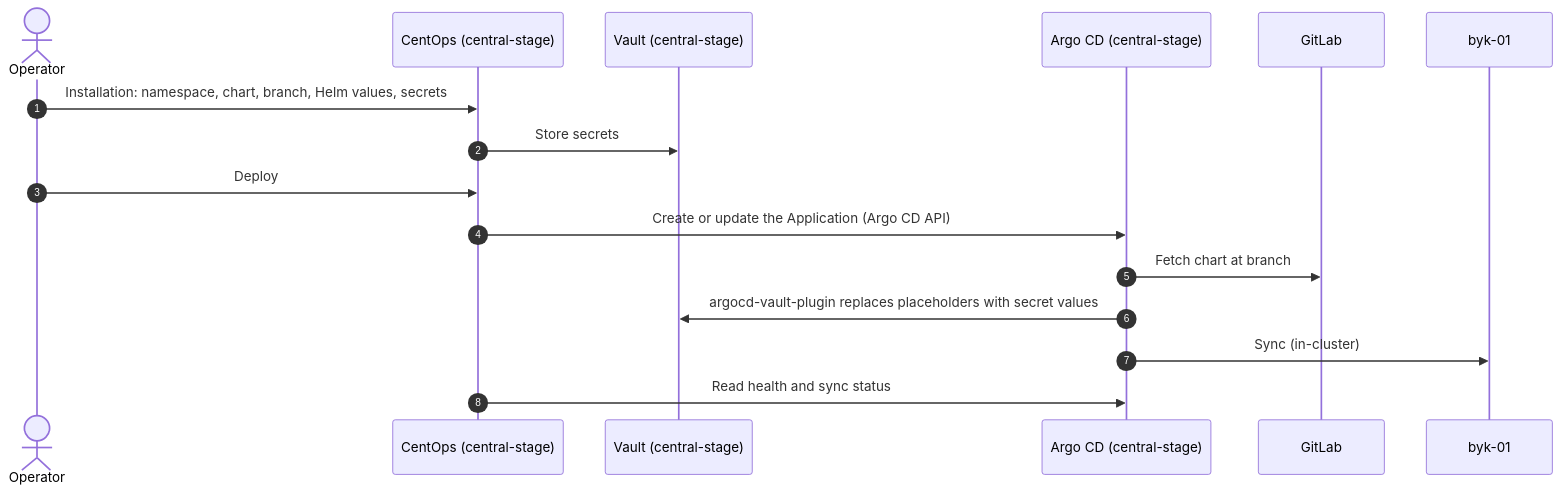
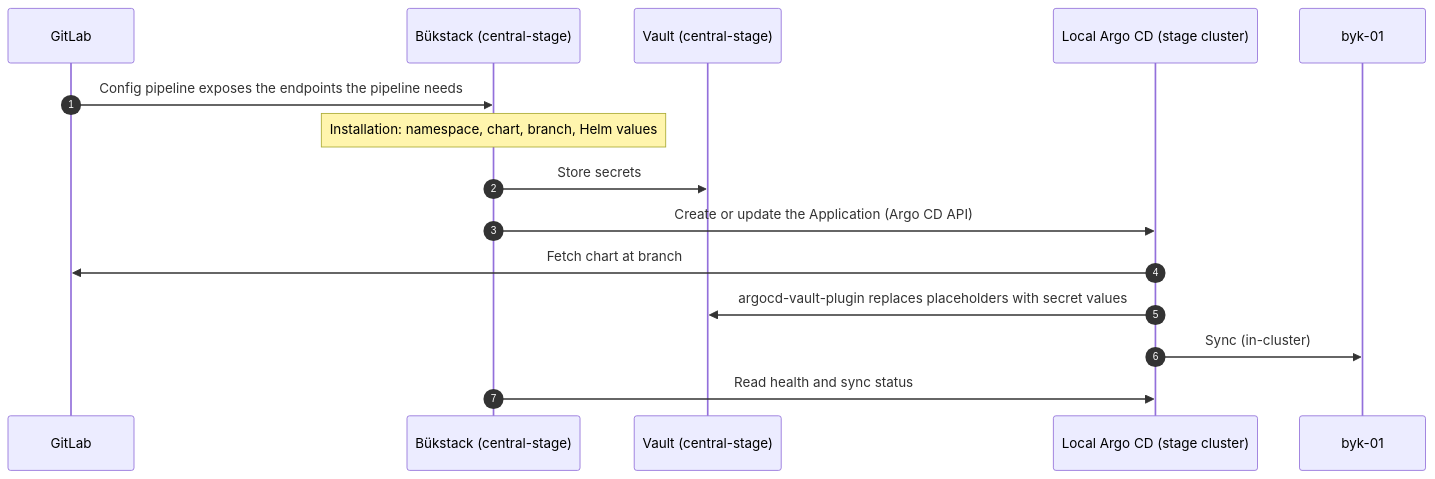
One commit to buerokratt/Buerokratt-onboarding changed the second of 2 diagrams in docs/architecture/delivery/delivery.md. Above: the diagram before and after it, drawn with Mermaid. The commit also changed other lines of this file, not shown here.

````diff
--- a/docs/architecture/delivery/delivery.md
+++ b/docs/architecture/delivery/delivery.md
@@ -68,19 +64,18 @@
 ```mermaid
 sequenceDiagram
   autonumber
-  actor Op as Operator
-  participant CentOps as CentOps (central-stage)
+  participant GitLab
+  participant Bykstack as Bükstack (central-stage)
   participant Vault as Vault (central-stage)
-  participant Argo as Argo CD (central-stage)
-  participant GitLab
+  participant Argo as Local Argo CD (stage cluster)
   participant NS as byk-01
 
-  Op->>CentOps: Installation: namespace, chart, branch, Helm values, secrets
-  CentOps->>Vault: Store secrets
-  Op->>CentOps: Deploy
-  CentOps->>Argo: Create or update the Application (Argo CD API)
+  GitLab->>Bykstack: Config pipeline exposes the endpoints the pipeline needs
+  Note over Bykstack: Installation: namespace, chart, branch, Helm values
+  Bykstack->>Vault: Store secrets
+  Bykstack->>Argo: Create or update the Application (Argo CD API)
   Argo->>GitLab: Fetch chart at branch
   Argo->>Vault: argocd-vault-plugin replaces placeholders with secret values
   Argo->>NS: Sync (in-cluster)
-  CentOps->>Argo: Read health and sync status
+  Bykstack->>Argo: Read health and sync status
 ```
````
